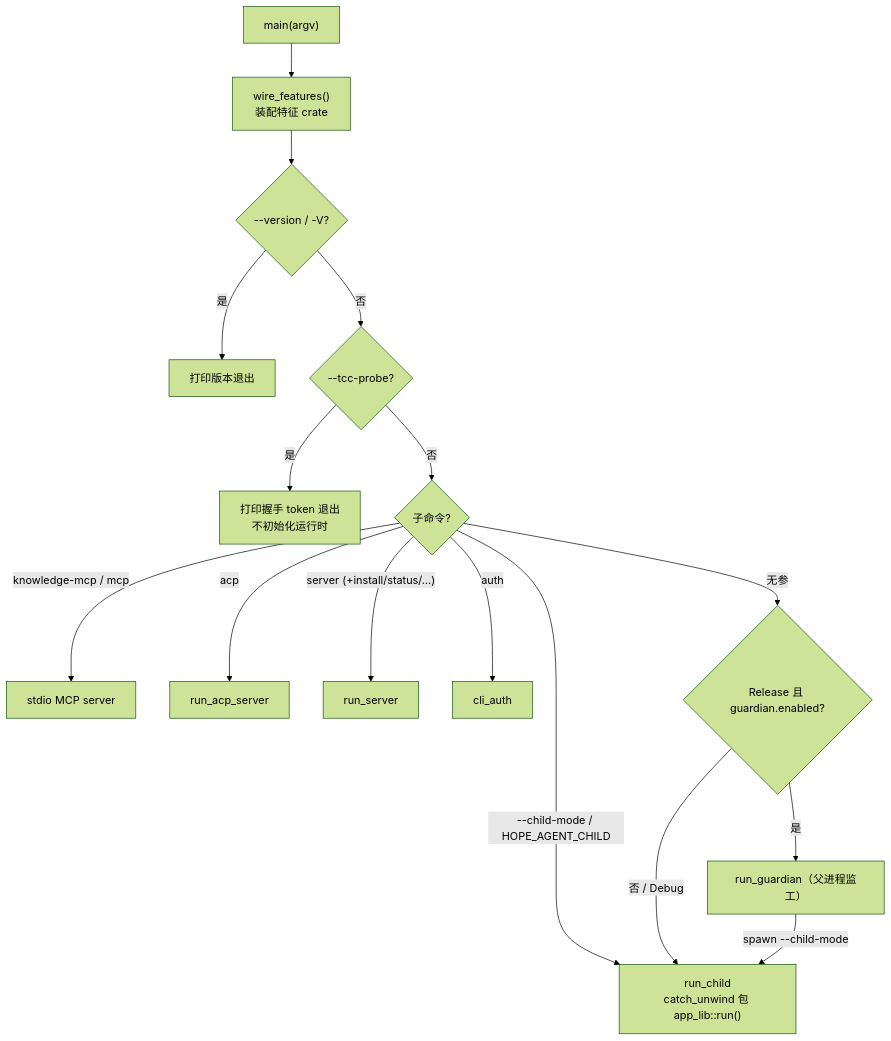
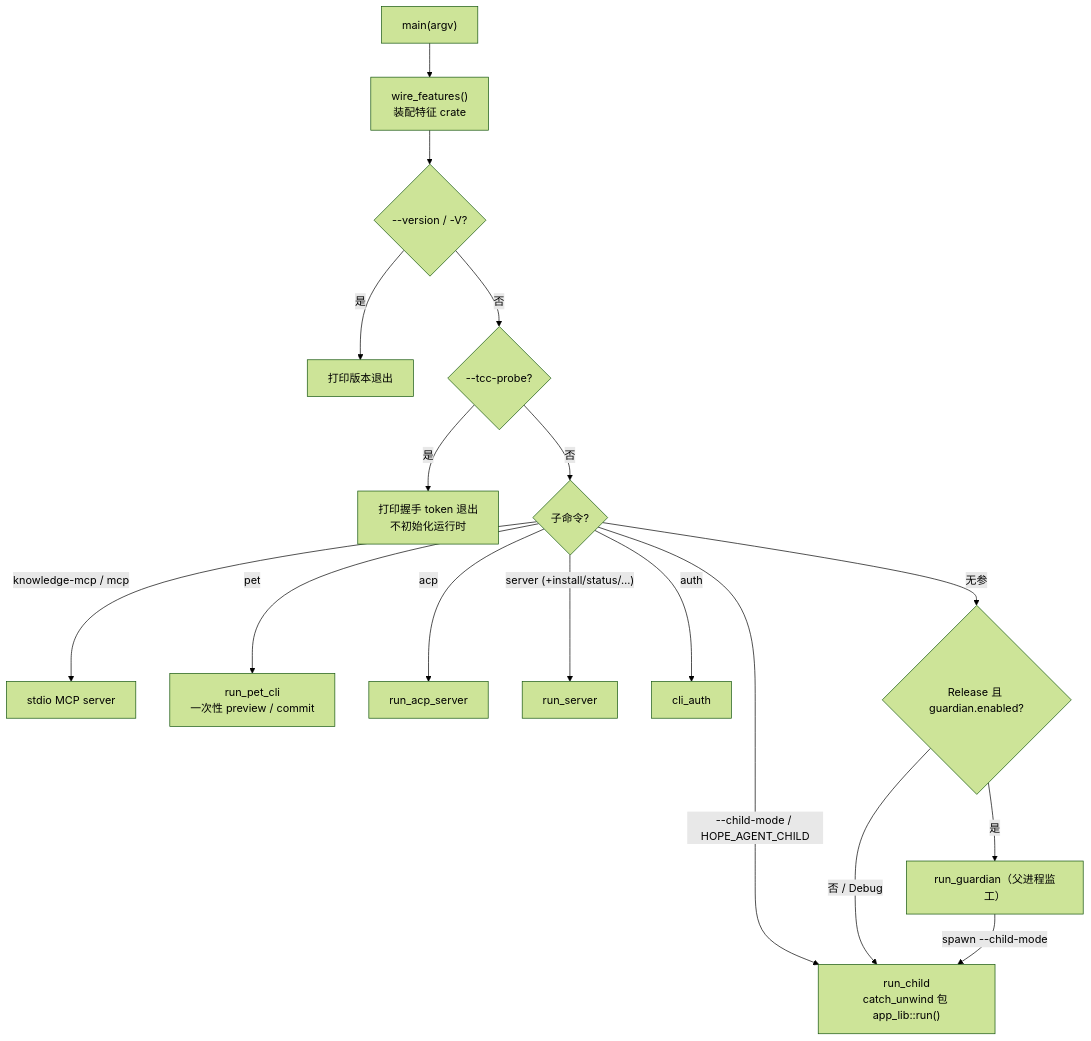
One commit to gabrielmoreira/agent-skills-mirror changed the second of 8 diagrams in mirrors/repos/shiwenwen@hope-agent/docs/architecture/system/process-model.md. Above: the diagram before and after it, drawn with Mermaid (forest theme). The commit also changed other lines of this file and 4094 other files, not shown here.

````diff
--- a/mirrors/repos/shiwenwen@hope-agent/docs/architecture/system/process-model.md
+++ b/mirrors/repos/shiwenwen@hope-agent/docs/architecture/system/process-model.md
@@ -69,18 +70,19 @@
 ```mermaid
 flowchart TD
     M["main(argv)"] --> WF["wire_features()<br/>装配特征 crate"]
     WF --> V{"--version / -V?"}
     V -->|"是"| VE["打印版本退出"]
     V -->|"否"| TCC{"--tcc-probe?"}
     TCC -->|"是"| TE["打印握手 token 退出<br/>不初始化运行时"]
     TCC -->|"否"| SUB{"子命令?"}
     SUB -->|"knowledge-mcp / mcp"| MCP["stdio MCP server"]
+    SUB -->|"pet"| PET["run_pet_cli<br/>一次性 preview / commit"]
     SUB -->|"acp"| ACPM["run_acp_server"]
     SUB -->|"server (+install/status/…)"| SRVM["run_server"]
     SUB -->|"auth"| AUTHM["cli_auth"]
     SUB -->|"--child-mode / HOPE_AGENT_CHILD"| CHILD["run_child<br/>catch_unwind 包 app_lib::run()"]
     SUB -->|"无参"| REL{"Release 且 guardian.enabled?"}
     REL -->|"是"| GD["run_guardian（父进程监工）"]
     REL -->|"否 / Debug"| CHILD
     GD -->|"spawn --child-mode"| CHILD
 ```
````
